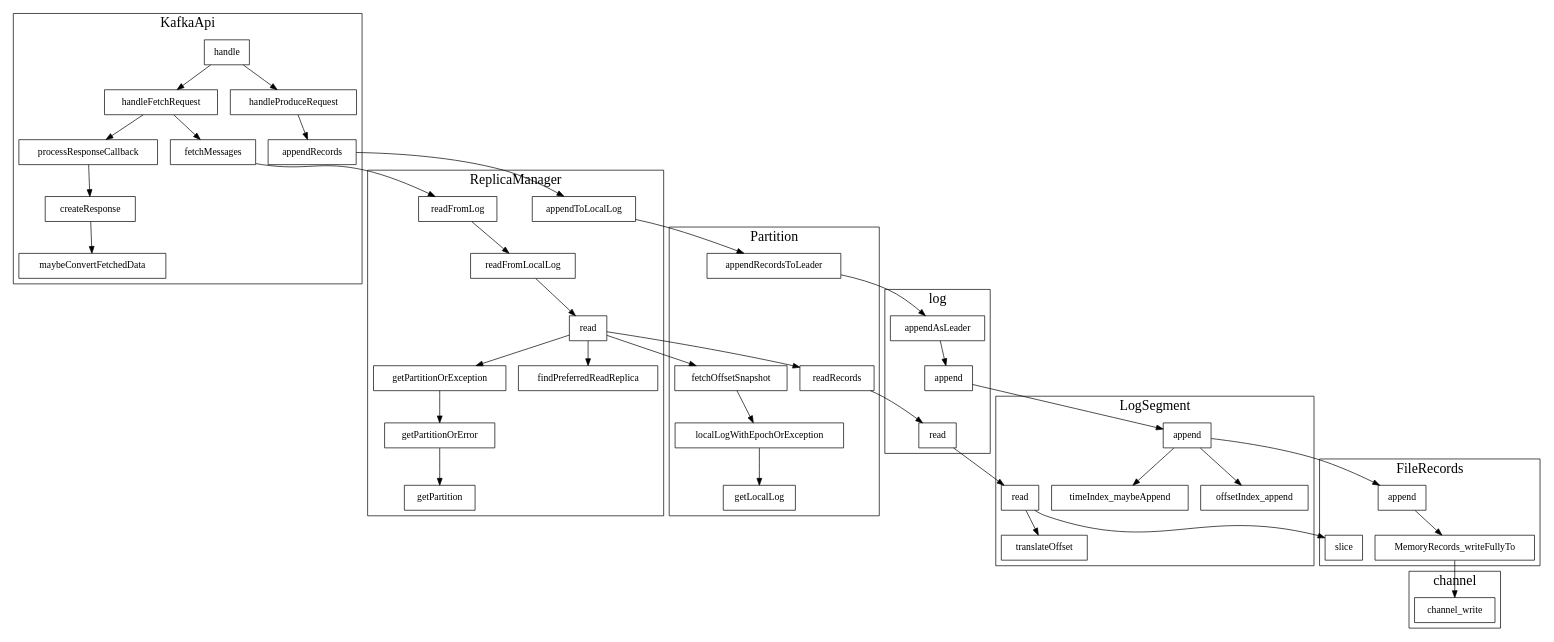
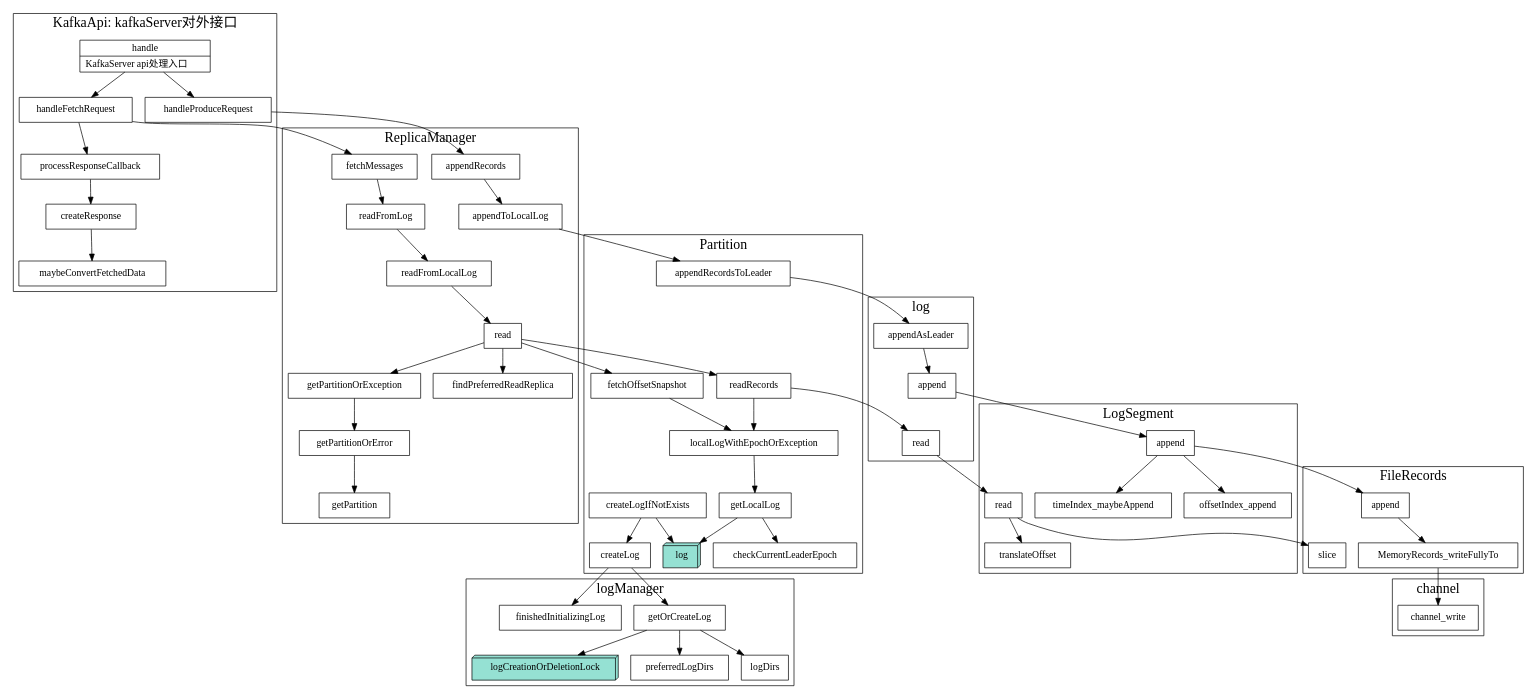
Before and after one commit to xieyu/blog: the diagram in src/kafka/kafkaServer.dot, drawn with Graphviz. The commit also changed 6 other files, not shown here.

```diff
--- a/src/kafka/kafkaServer.dot
+++ b/src/kafka/kafkaServer.dot
@@ -1,90 +1,122 @@
 digraph kafkaServer {
   node[shape=box];
   newrank=true;
   rankdir=TD;
-  /*
-  KafkaServer -> {
-    BrokerState;
-    LogManager;
-    ReplicaManager;
-    GroupCoordinator;
-    KafkaController;
-    KafkaScheduler;
-    TransactionCoordinator;
-    MetadataCache;
-    QuotaManagers;
-    KafkaZkClient;
-  }*/
-  subgraph cluster_KafkaApi {
-    graph[label="KafkaApi";fontsize=20;];
-    handle -> {
-      handleProduceRequest;
-      handleFetchRequest;
-    }
-    handleFetchRequest -> {
-      fetchMessages;
-      processResponseCallback;
-    }
-    processResponseCallback -> createResponse -> maybeConvertFetchedData;
-    handleProduceRequest -> {
-      appendRecords;
-    }
-  }
   subgraph cluster_channel {
     graph[label="channel";fontsize=20;];
     channel_write;
   }
 
   subgraph cluster_FileRecords {
     graph[label="FileRecords";fontsize=20;];
     FileRecords_append[label="append"];
     FileRecords_slice[label="slice"];
     FileRecords_append -> MemoryRecords_writeFullyTo -> channel_write;
   }
   subgraph cluster_Segment {
     graph[label="LogSegment";fontsize=20;];
     segment_append[shape="record";
       label="{{
         append
       }}";
     ];
     segment_append -> {
       FileRecords_append;
       timeIndex_maybeAppend;
       offsetIndex_append;
     }
     segment_read[label="read"];
     segment_read -> {
       FileRecords_slice;
       translateOffset;
     }
   }
 
   subgraph cluster_log {
     graph[label="log";fontsize=20;];
     appendAsLeader -> append -> segment_append; 
     localLog_read[label="read"];
     localLog_read -> segment_read;
   }
 
+  subgraph cluster_logManager {
+    graph[label="logManager";fontsize=20;];
+    logCreationOrDeletionLock[
+      fillcolor="#95e1d3"
+      style=filled;
+      shape=box3d;
+      label="logCreationOrDeletionLock"
+    ];
+
+    getOrCreateLog -> {
+      logCreationOrDeletionLock;
+      preferredLogDirs;
+      logDirs;
+    };
+    finishedInitializingLog;
+  }
+
   subgraph cluster_Partition {
     graph[label="Partition";fontsize=20;];
     appendRecordsToLeader -> appendAsLeader;
     partition_readRecords[label="readRecords"];
-    partition_readRecords -> localLog_read;
-    fetchOffsetSnapshot -> localLogWithEpochOrException -> getLocalLog;
+    partition_readRecords -> {
+      localLog_read;
+      localLogWithEpochOrException;
+    }
+    fetchOffsetSnapshot -> localLogWithEpochOrException -> getLocalLog -> checkCurrentLeaderEpoch;
+    getLocalLog -> log;
+    log[
+      fillcolor="#95e1d3"
+      style=filled;
+      shape=box3d;
+      label="log"
+    ];
+    //创建日志
+    createLogIfNotExists -> {
+      createLog;
+      log;
+    };
+    createLog -> {
+      getOrCreateLog;
+      finishedInitializingLog;
+    }
   }
 
   subgraph cluster_ReplicaManager {
     graph[label="ReplicaManager";fontsize=20;];
     fetchMessages -> readFromLog -> readFromLocalLog -> read -> partition_readRecords;
     appendRecords -> appendToLocalLog -> appendRecordsToLeader;
     read -> {
       getPartitionOrException;
       findPreferredReadReplica;
       fetchOffsetSnapshot;
     }
     getPartitionOrException -> getPartitionOrError -> getPartition;
+
+  }
+
+  subgraph cluster_KafkaApi {
+    graph[label="KafkaApi: kafkaServer对外接口";fontsize=20;];
+    handle[shape="record";
+      label="{
+        handle|
+          KafkaServer api处理入口\l
+      }";
+    ];
+    handle -> {
+      handleProduceRequest;
+      handleFetchRequest;
+    }
+
+    handleFetchRequest -> {
+      fetchMessages;
+      processResponseCallback;
+    }
+    processResponseCallback -> createResponse -> maybeConvertFetchedData;
+    handleProduceRequest -> {
+      appendRecords;
+    }
   }
 
 }
```
